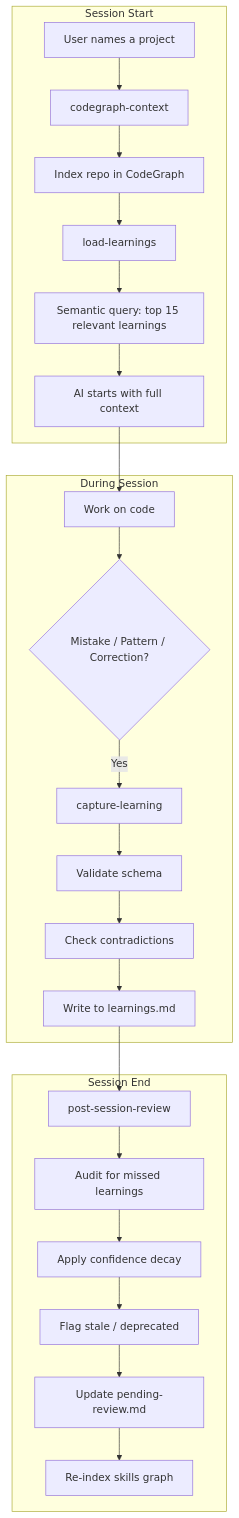
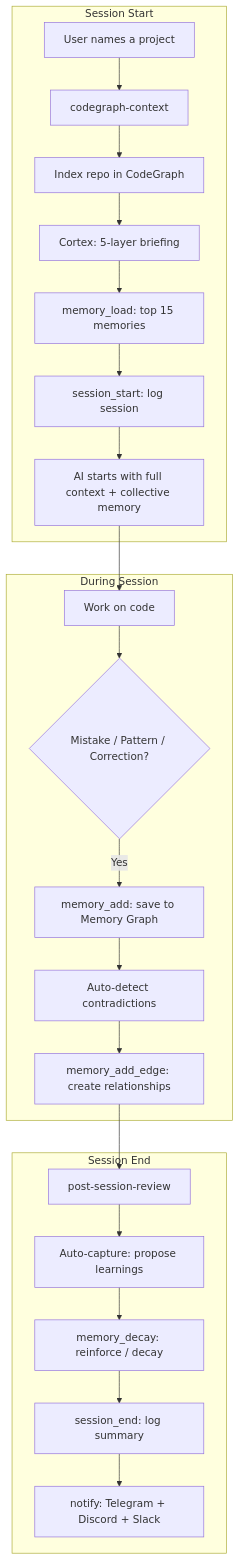
One commit to deve1993/skillbrain changed the diagram in README.md. Above: the diagram before and after it, drawn with Mermaid. The commit also changed other lines of this file and 12 other files, not shown here.

First line of the commit message:
feat: add Memory Graph, Cortex, 17 MCP tools, collective memory, and Coolify deploy

````diff
--- a/README.md
+++ b/README.md
@@ -63,28 +70,27 @@
 ```mermaid
 graph TD
     subgraph Session Start
         A[User names a project] --> B[codegraph-context]
         B --> C[Index repo in CodeGraph]
-        C --> D[load-learnings]
-        D --> E[Semantic query: top 15 relevant learnings]
-        E --> F[AI starts with full context]
+        C --> C2[Cortex: 5-layer briefing]
+        C2 --> D[memory_load: top 15 memories]
+        D --> E[session_start: log session]
+        E --> F[AI starts with full context + collective memory]
     end
 
     subgraph During Session
         F --> G[Work on code]
         G --> H{Mistake / Pattern / Correction?}
-        H -->|Yes| I[capture-learning]
-        I --> J[Validate schema]
-        J --> K[Check contradictions]
-        K --> L[Write to learnings.md]
+        H -->|Yes| I[memory_add: save to Memory Graph]
+        I --> J[Auto-detect contradictions]
+        J --> K[memory_add_edge: create relationships]
     end
 
     subgraph Session End
-        L --> M[post-session-review]
-        M --> N[Audit for missed learnings]
-        N --> O[Apply confidence decay]
-        O --> P[Flag stale / deprecated]
-        P --> Q[Update pending-review.md]
-        Q --> R[Re-index skills graph]
+        K --> M[post-session-review]
+        M --> M2[Auto-capture: propose learnings]
+        M2 --> N[memory_decay: reinforce / decay]
+        N --> O[session_end: log summary]
+        O --> P[notify: Telegram + Discord + Slack]
     end
 ```
````
